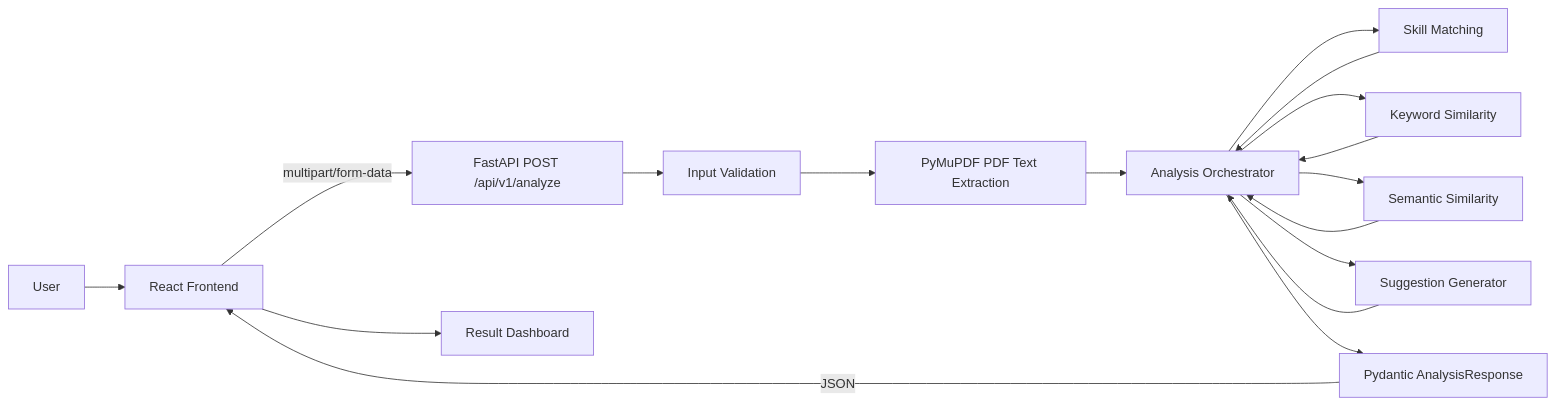
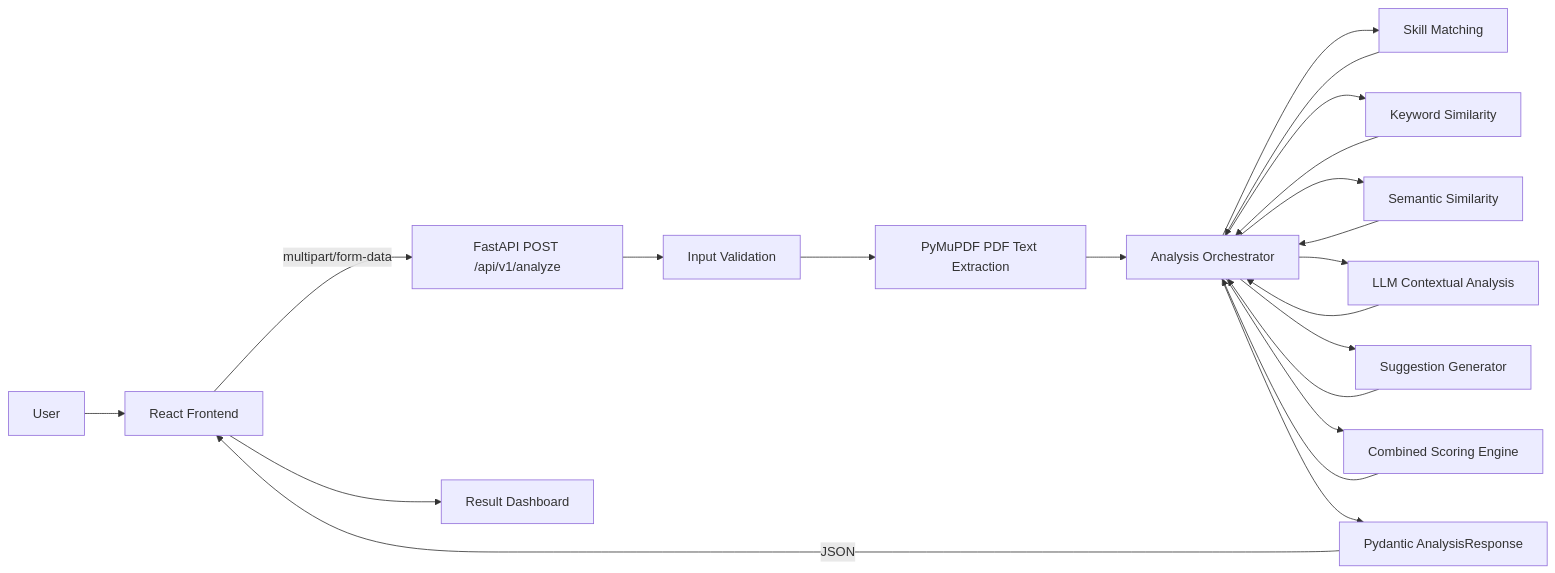
One commit to Blackweb1003/Resume-Analyzer-ATS- changed the diagram in PROJECT_FLOW.md. Above: the diagram before and after it, drawn with Mermaid. The commit also changed other lines of this file and 13 other files, not shown here.

Commit message:
Add hybrid LLM resume analysis

````diff
--- a/PROJECT_FLOW.md
+++ b/PROJECT_FLOW.md
@@ -26,19 +28,23 @@
 ```mermaid
 flowchart LR
     U[User] --> F[React Frontend]
     F -->|multipart/form-data| API[FastAPI POST /api/v1/analyze]
     API --> V[Input Validation]
     V --> P[PyMuPDF PDF Text Extraction]
     P --> O[Analysis Orchestrator]
     O --> S[Skill Matching]
     O --> K[Keyword Similarity]
     O --> E[Semantic Similarity]
+    O --> L[LLM Contextual Analysis]
     O --> G[Suggestion Generator]
+    O --> C[Combined Scoring Engine]
     S --> O
     K --> O
     E --> O
+    L --> O
     G --> O
+    C --> O
     O --> R[Pydantic AnalysisResponse]
     R -->|JSON| F
     F --> D[Result Dashboard]
 ```
````
